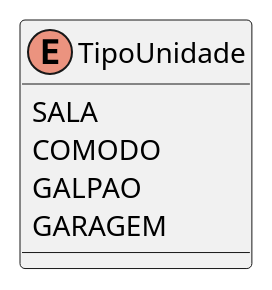
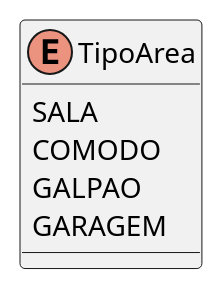
The diagram in Projeto/C4Model/Diagramas de Classe/Enums/TipoUnidade.puml (gutluana/Markab), drawn with PlantUML before and after one commit. The commit also changed 3 other files, not shown here.

```diff
--- a/Projeto/C4Model/Diagramas de Classe/Enums/TipoUnidade.puml
+++ b/Projeto/C4Model/Diagramas de Classe/Enums/TipoUnidade.puml
@@ -1,9 +1,9 @@
 @startuml
-enum TipoUnidade {
+enum TipoArea {
   SALA
   COMODO
   GALPAO
   GARAGEM
 }
 
 @enduml
```
